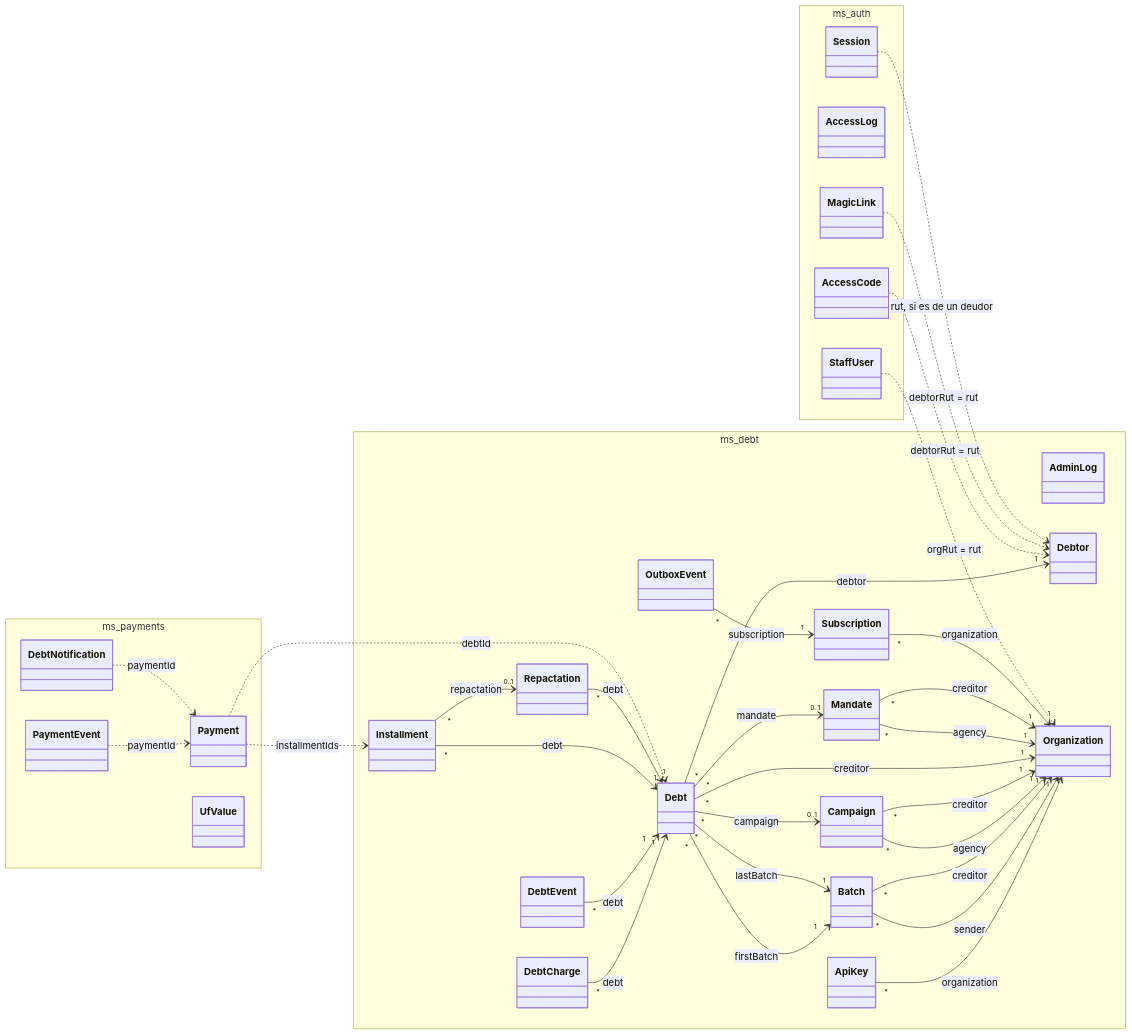
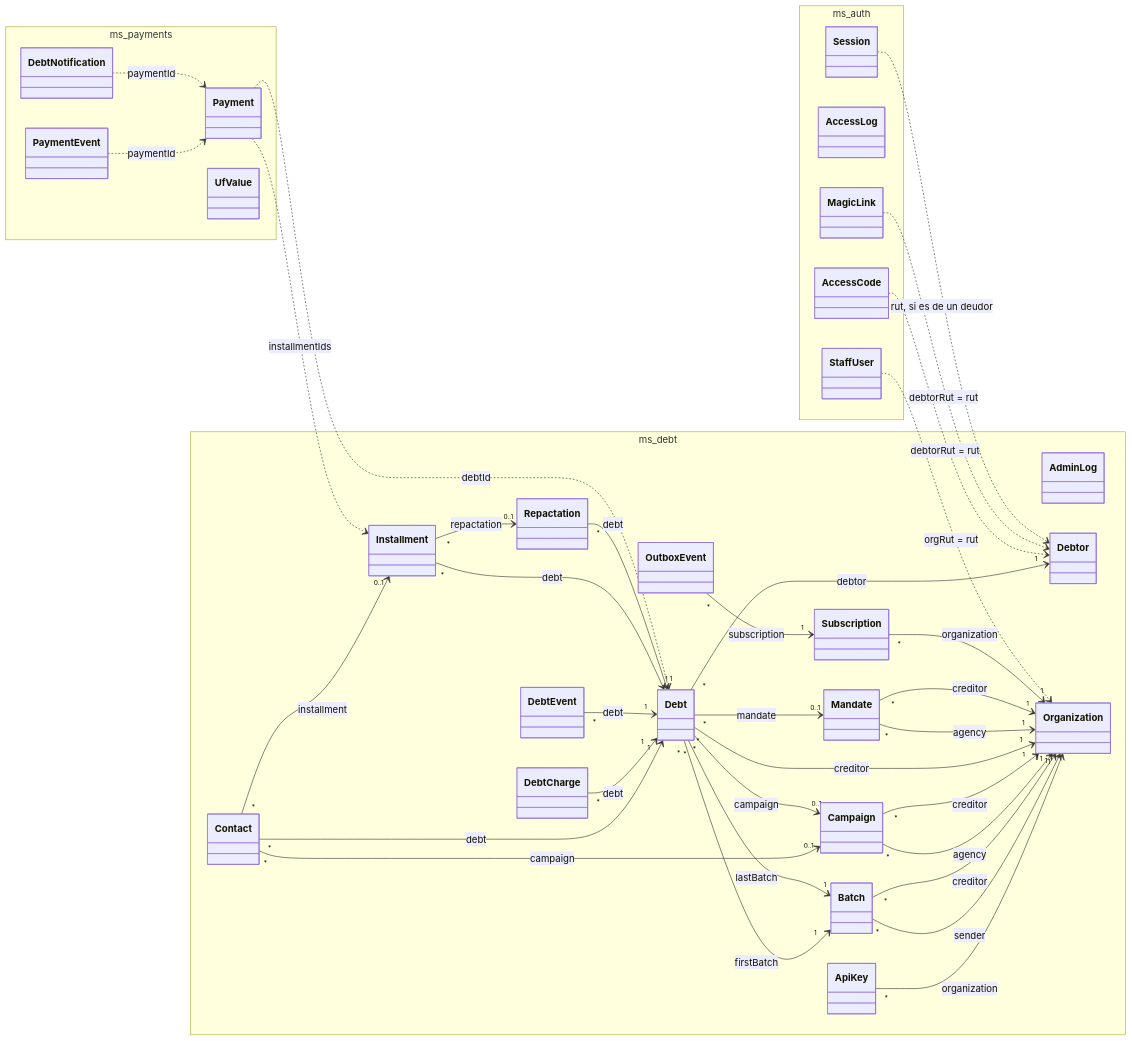
Before and after one commit to TechnicalBridge/DataBridge: the first of 17 diagrams in docs/diagramas/clases.md, drawn with Mermaid. The commit also changed other lines of this file and 33 other files, not shown here.

````diff
--- a/docs/diagramas/clases.md
+++ b/docs/diagramas/clases.md
@@ -25,62 +25,66 @@
 ```mermaid
 classDiagram
     direction LR
     namespace ms_auth {
         class AccessCode
         class AccessLog
         class AdminLog
         class MagicLink
         class Session
         class StaffUser
     }
     namespace ms_debt {
         class AdminLog
         class ApiKey
         class Batch
         class Campaign
+        class Contact
         class Debt
         class DebtCharge
         class DebtEvent
         class Debtor
         class Installment
         class Mandate
         class Organization
         class OutboxEvent
         class Repactation
         class Subscription
     }
     namespace ms_payments {
         class DebtNotification
         class Payment
         class PaymentEvent
         class UfValue
     }
     ApiKey "*" --> "1" Organization : organization
     Batch "*" --> "1" Organization : sender
     Batch "*" --> "1" Organization : creditor
     Campaign "*" --> "1" Organization : agency
     Campaign "*" --> "1" Organization : creditor
+    Contact "*" --> "1" Debt : debt
+    Contact "*" --> "0..1" Campaign : campaign
+    Contact "*" --> "0..1" Installment : installment
     Debt "*" --> "1" Organization : creditor
     Debt "*" --> "1" Debtor : debtor
     Debt "*" --> "0..1" Mandate : mandate
     Debt "*" --> "0..1" Campaign : campaign
     Debt "*" --> "1" Batch : firstBatch
     Debt "*" --> "1" Batch : lastBatch
     DebtCharge "*" --> "1" Debt : debt
     DebtEvent "*" --> "1" Debt : debt
     Installment "*" --> "1" Debt : debt
     Installment "*" --> "0..1" Repactation : repactation
     Mandate "*" --> "1" Organization : agency
     Mandate "*" --> "1" Organization : creditor
     OutboxEvent "*" --> "1" Subscription : subscription
     Repactation "*" --> "1" Debt : debt
     Subscription "*" --> "1" Organization : organization
     StaffUser ..> Organization : orgRut = rut
     AccessCode ..> Debtor : debtorRut = rut
     MagicLink ..> Debtor : debtorRut = rut
     Session ..> Debtor : rut, si es de un deudor
     Payment ..> Debt : debtId
     Payment ..> Installment : installmentIds
     PaymentEvent ..> Payment : paymentId
     DebtNotification ..> Payment : paymentId
 ```
````
